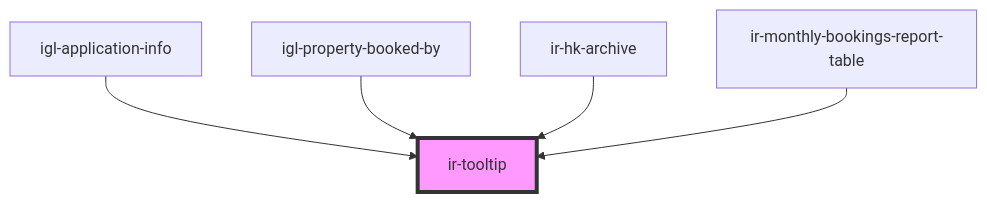
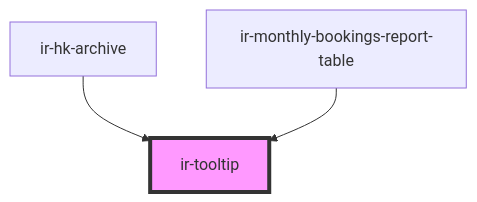
One commit to David1Chowaifaty/modified-ir-webcmp changed the diagram in src/components/ui/ir-tooltip/readme.md. Above: the diagram before and after it, drawn with Mermaid. The commit also changed other lines of this file and 29 other files, not shown here.

````diff
--- a/src/components/ui/ir-tooltip/readme.md
+++ b/src/components/ui/ir-tooltip/readme.md
@@ -30,8 +28,6 @@
 ```mermaid
 graph TD;
-  igl-application-info --> ir-tooltip
-  igl-property-booked-by --> ir-tooltip
   ir-hk-archive --> ir-tooltip
   ir-monthly-bookings-report-table --> ir-tooltip
   style ir-tooltip fill:#f9f,stroke:#333,stroke-width:4px
 ```
````
